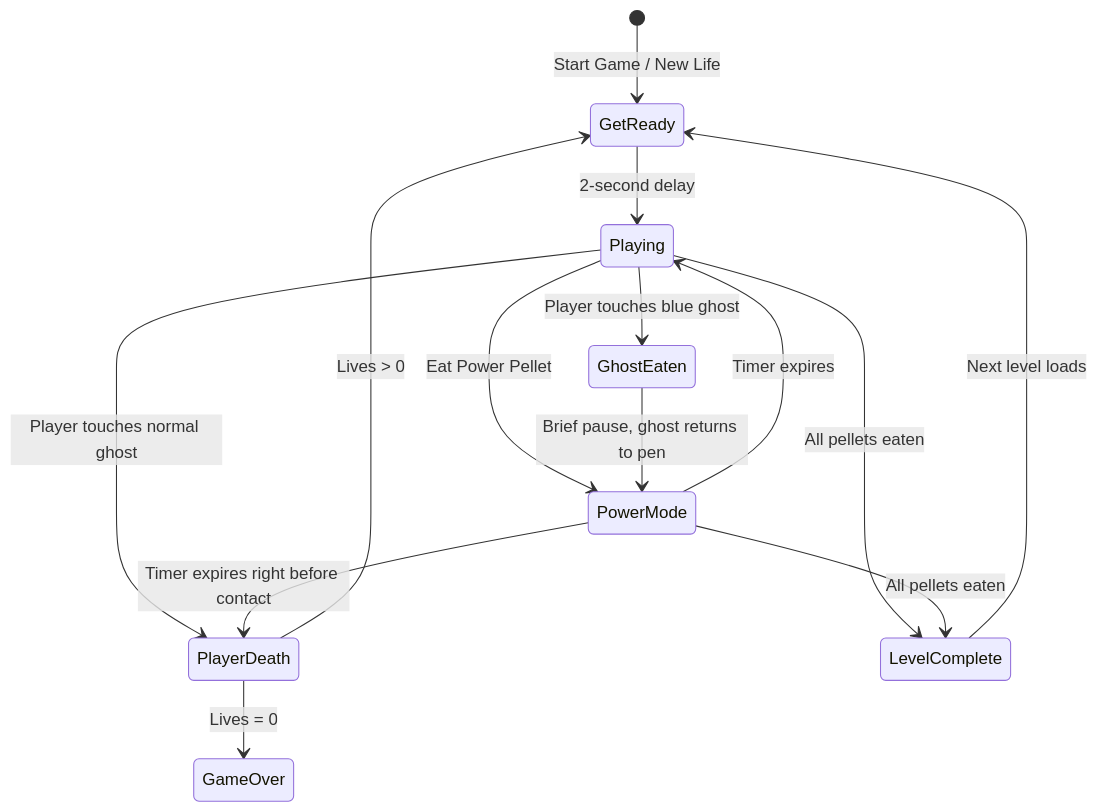
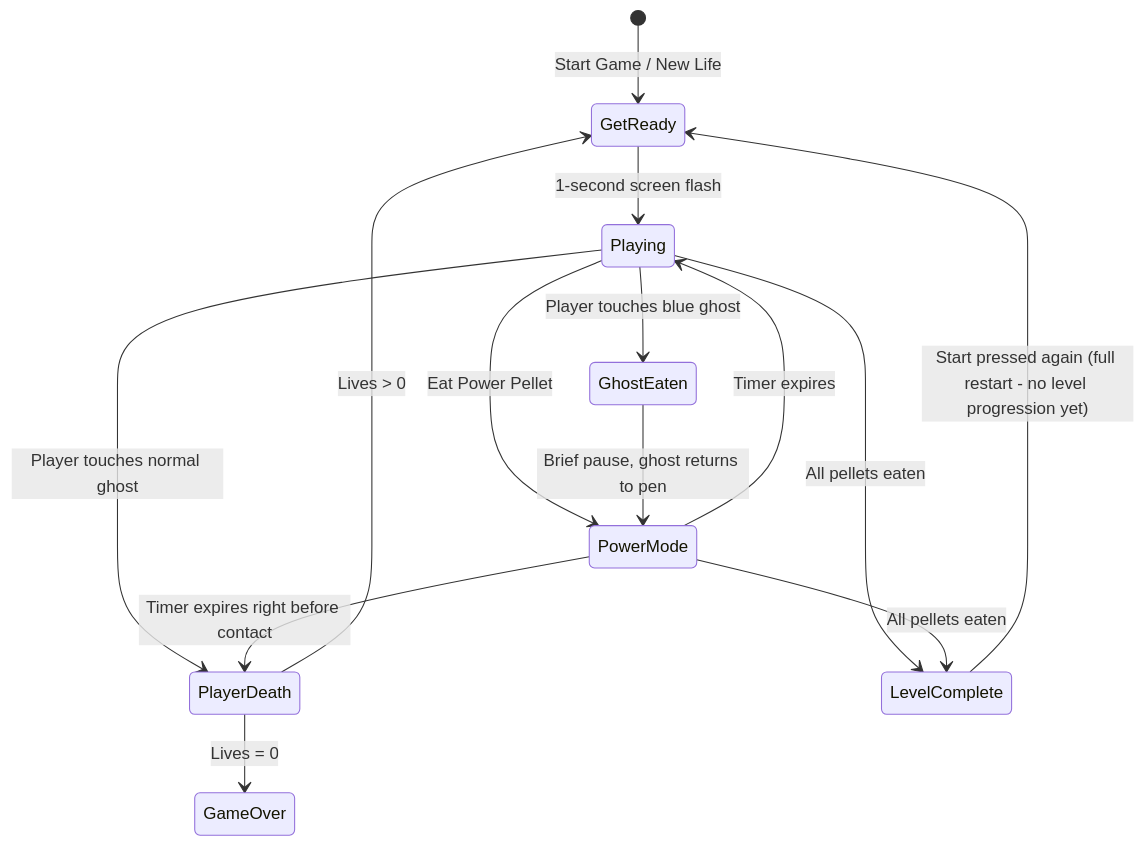
The first of 2 diagrams in GDD.md (yaelmosh/Pacman), drawn with Mermaid before and after one commit. The commit also changed other lines of this file, not shown here.

````diff
--- a/GDD.md
+++ b/GDD.md
@@ -45,16 +45,16 @@
 ```mermaid
 stateDiagram-v2
     [*] --> GetReady: Start Game / New Life
-    GetReady --> Playing: 2-second delay
+    GetReady --> Playing: 1-second screen flash
     Playing --> PowerMode: Eat Power Pellet
     PowerMode --> Playing: Timer expires
     Playing --> GhostEaten: Player touches blue ghost
     GhostEaten --> PowerMode: Brief pause, ghost returns to pen
     Playing --> PlayerDeath: Player touches normal ghost
     PowerMode --> PlayerDeath: Timer expires right before contact
     PlayerDeath --> GetReady: Lives > 0
     PlayerDeath --> GameOver: Lives = 0
     Playing --> LevelComplete: All pellets eaten
     PowerMode --> LevelComplete: All pellets eaten
-    LevelComplete --> GetReady: Next level loads
+    LevelComplete --> GetReady: Start pressed again (full restart - no level progression yet)
 ```
````
